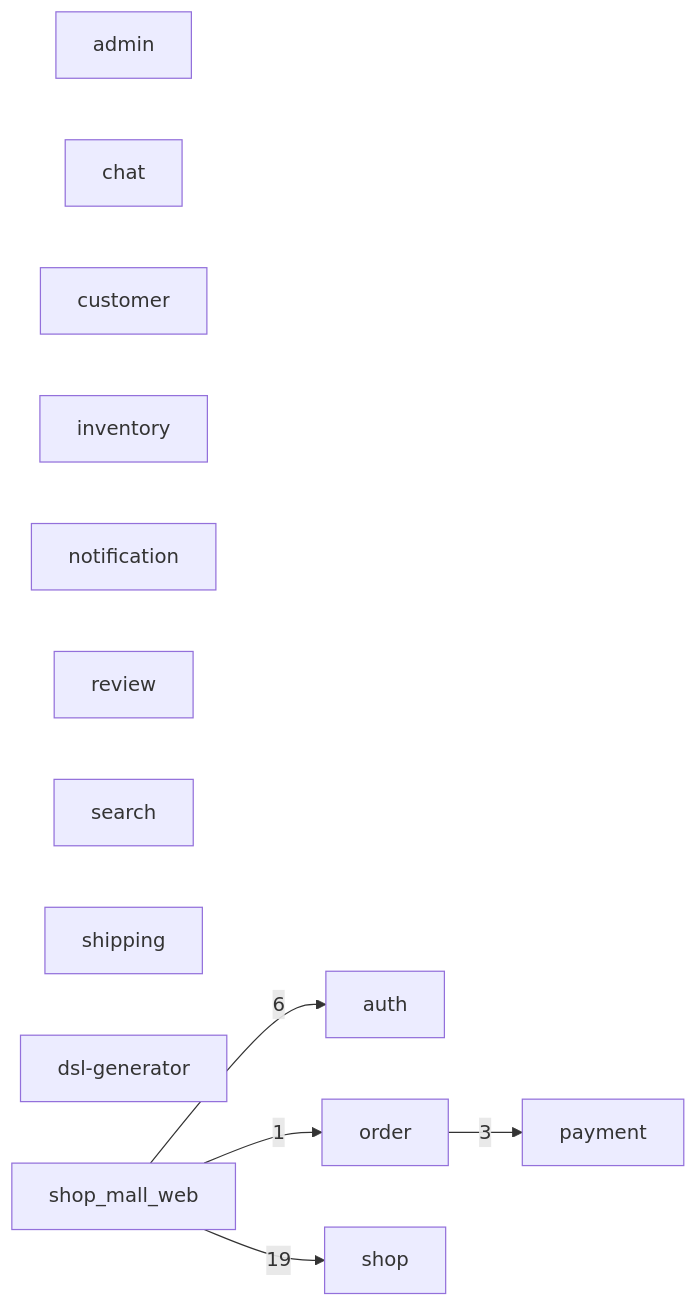
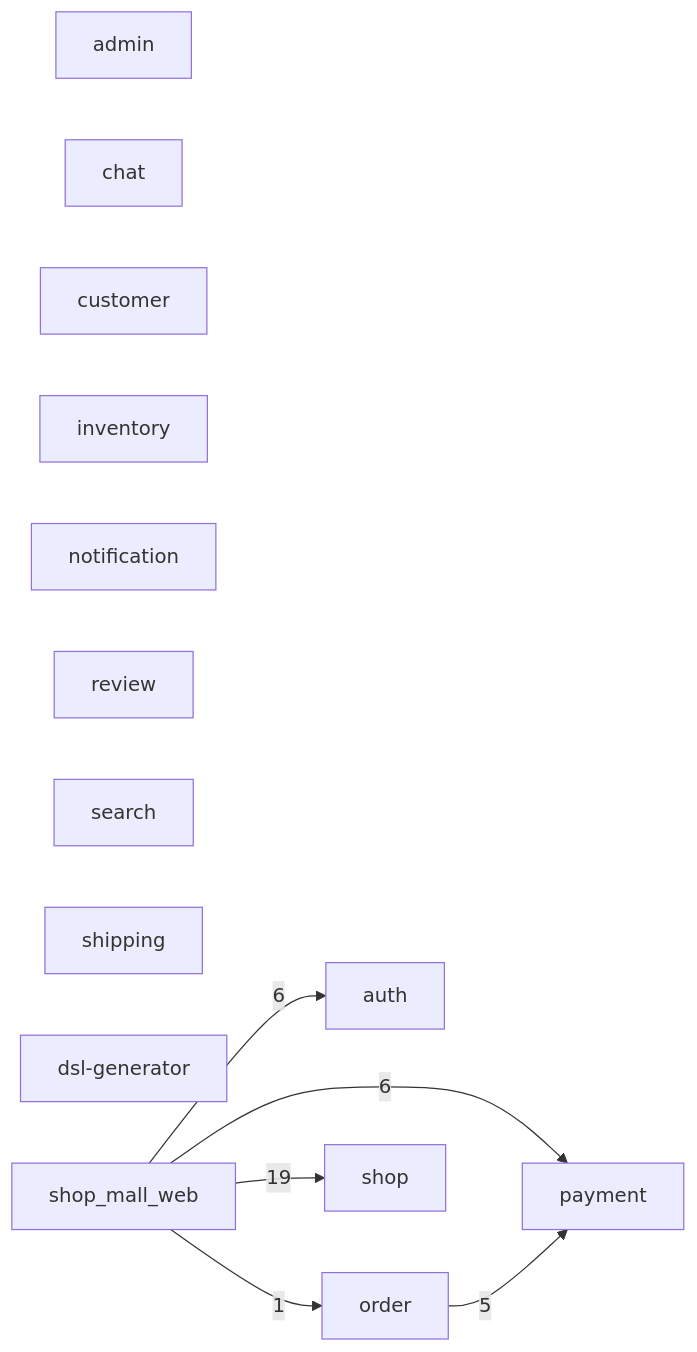
One commit to makoto-developer/go_microservice_example changed the diagram in ARCHITECTURE.md. Above: the diagram before and after it, drawn with Mermaid. The commit also changed other lines of this file and 4 other files, not shown here.

````diff
--- a/ARCHITECTURE.md
+++ b/ARCHITECTURE.md
@@ -10,21 +10,22 @@
 ```mermaid
 graph LR
   s0["admin"]
   s1["auth"]
   s2["chat"]
   s3["customer"]
   s4["inventory"]
   s5["notification"]
   s6["order"]
   s7["payment"]
   s8["review"]
   s9["search"]
   s10["shipping"]
   s11["shop"]
   s12["dsl-generator"]
   s13["shop_mall_web"]
   s13 -->|"19"| s11
+  s13 -->|"6"| s7
   s13 -->|"6"| s1
-  s6 -->|"3"| s7
+  s6 -->|"5"| s7
   s13 -->|"1"| s6
 ```
````
